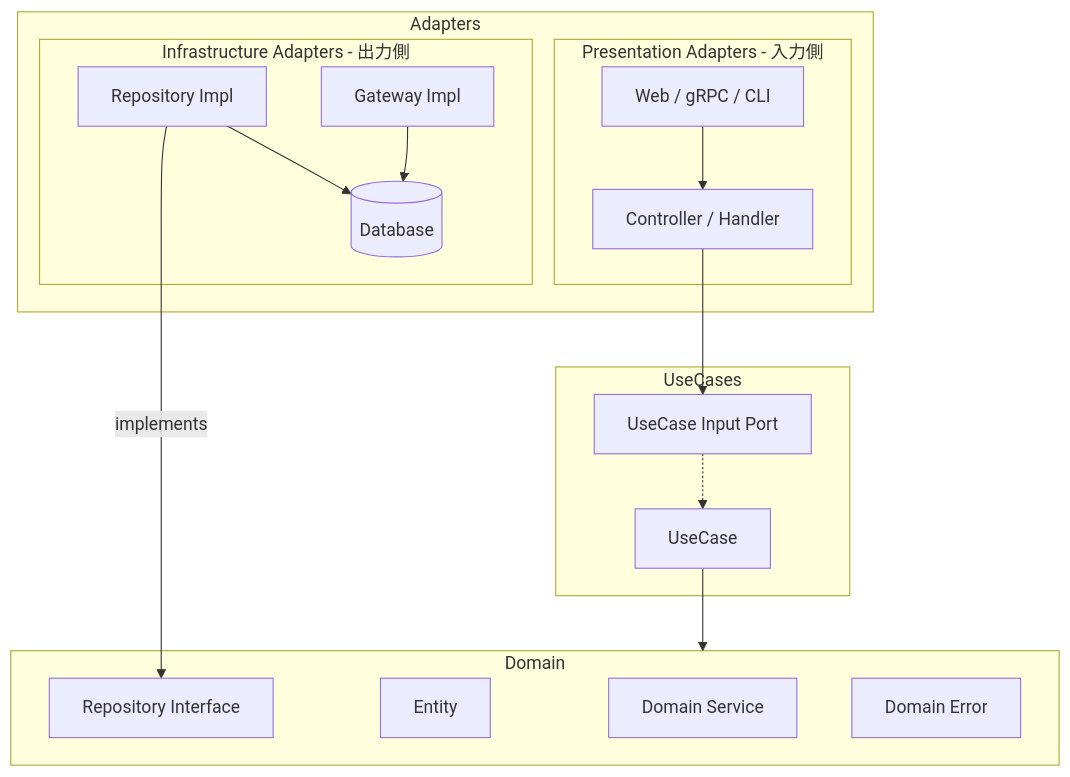
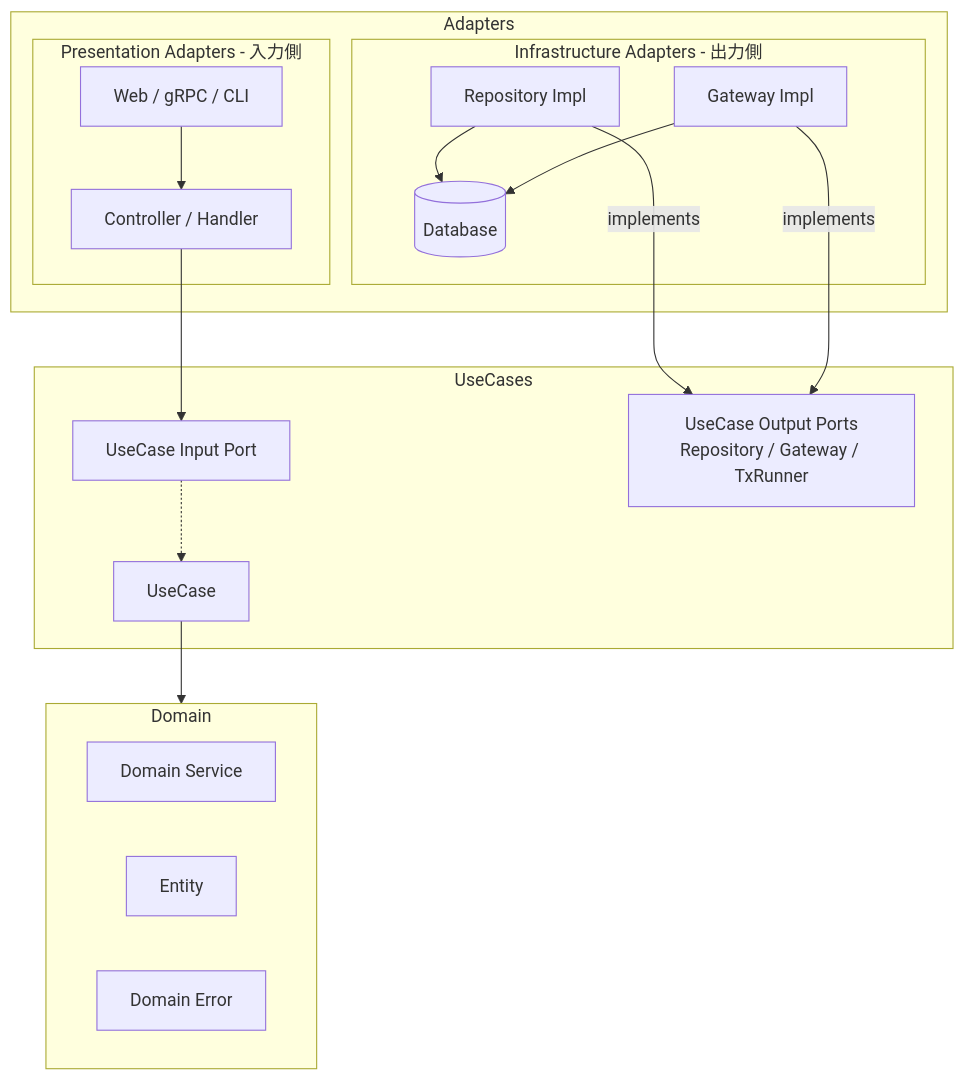
The diagram in software/clean_arch_ja.md (sokoide/workshop), drawn with Mermaid before and after one commit. The commit also changed other lines of this file and 29 other files, not shown here.

````diff
--- a/software/clean_arch_ja.md
+++ b/software/clean_arch_ja.md
@@ -18,37 +18,38 @@
 ```mermaid
 graph TD
     subgraph AdaptersLayer [Adapters]
         subgraph PresentationAdapters [Presentation Adapters - 入力側]
             Web[Web / gRPC / CLI]
             Controller[Controller / Handler]
         end
         subgraph InfraAdapters [Infrastructure Adapters - 出力側]
             RI_Impl[Repository Impl]
             GW_Impl[Gateway Impl]
             DB[(Database)]
         end
     end
 
     subgraph UseCaseLayer [UseCases]
         UC[UseCase]
         UC_Port[UseCase Input Port]
+        UO[UseCase Output Ports<br/>Repository / Gateway / TxRunner]
     end
 
     subgraph DomainLayer [Domain]
         DS[Domain Service]
         E[Entity]
-        RI[Repository Interface]
         DE[Domain Error]
     end
 
     %% 入力側の依存
     Web --> Controller
     Controller --> UC_Port
     UC_Port -.-> UC
     UC --> DomainLayer
 
     %% 出力側の依存
-    RI_Impl -- "implements" --> RI
+    RI_Impl -- "implements" --> UO
+    GW_Impl -- "implements" --> UO
     RI_Impl --> DB
     GW_Impl --> DB
 ```
````
